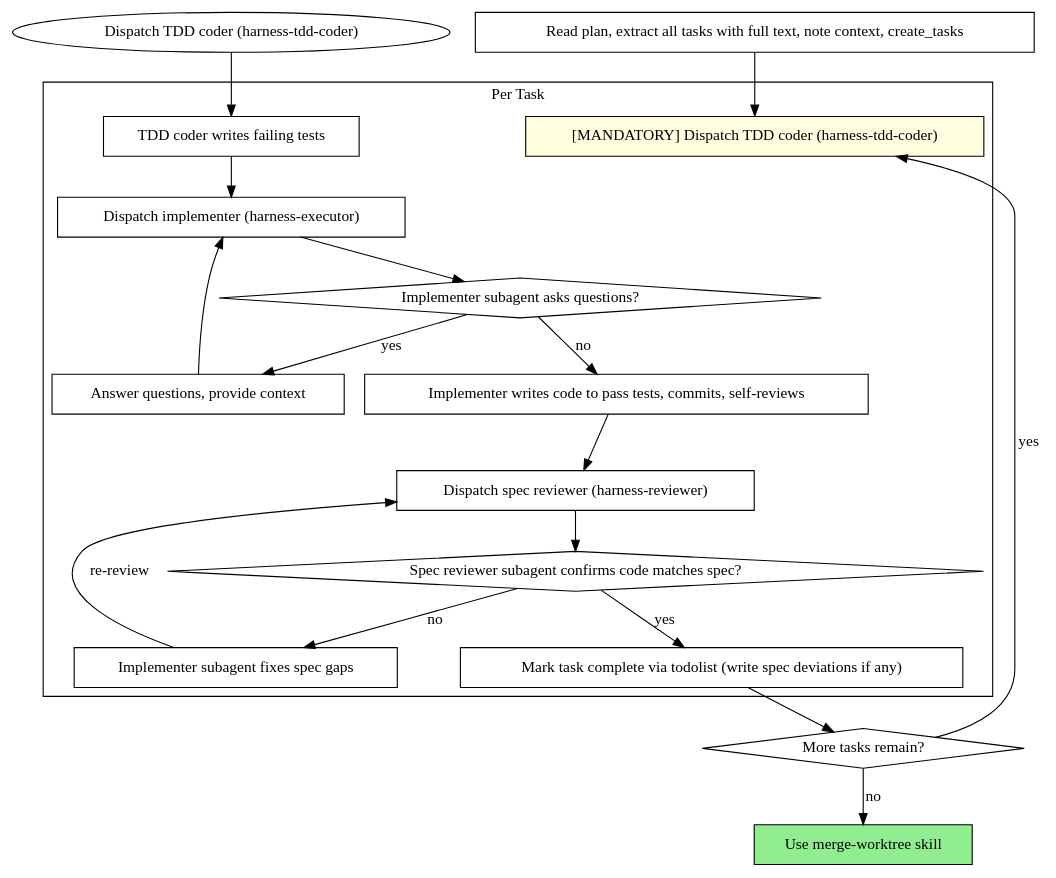
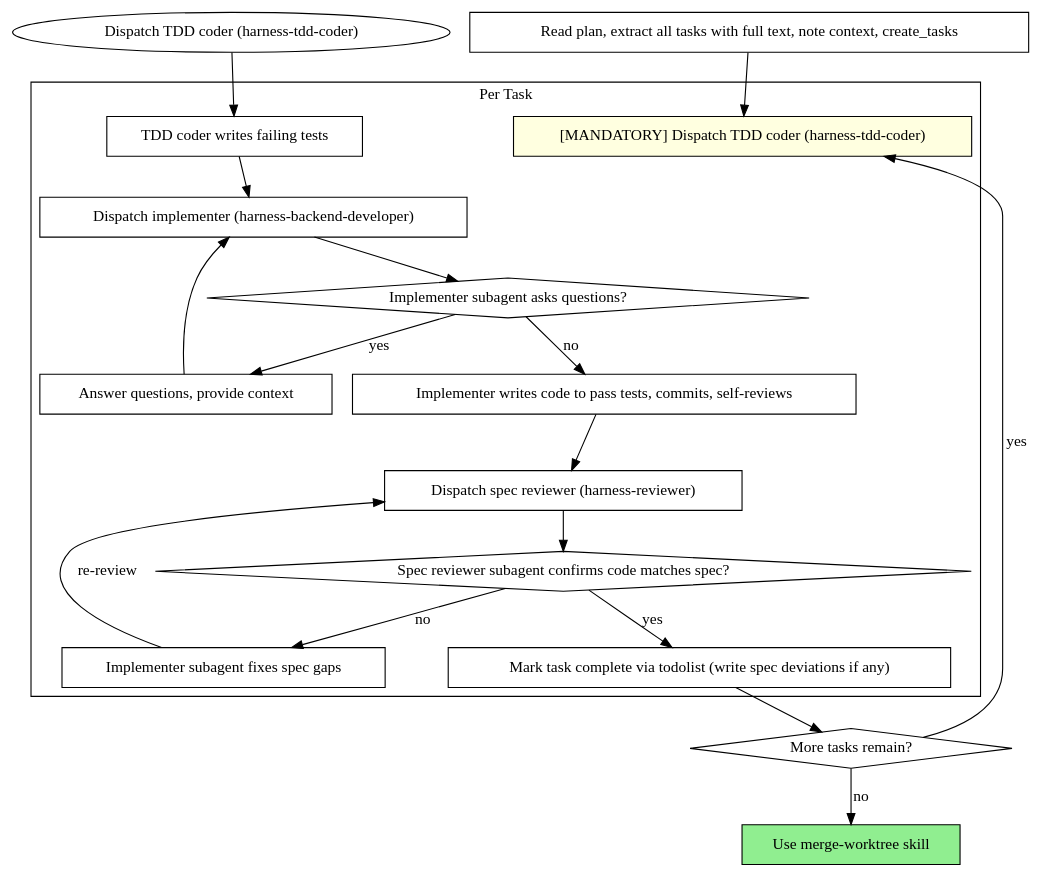
One commit to zhushanwen321/xyz-harness changed the second of 2 diagrams in skills/xyz-harness-subagent-driven-development/SKILL.md. Above: the diagram before and after it, drawn with Graphviz. The commit also changed other lines of this file and 16 other files, not shown here.

````diff
--- a/skills/xyz-harness-subagent-driven-development/SKILL.md
+++ b/skills/xyz-harness-subagent-driven-development/SKILL.md
@@ -97,39 +97,39 @@
 ```dot
 digraph process {
     rankdir=TB;
 
     subgraph cluster_per_task {
         label="Per Task";
     "[MANDATORY] Dispatch TDD coder (harness-tdd-coder)" [shape=box style=filled fillcolor=lightyellow];
         "TDD coder writes failing tests" [shape=box];
-        "Dispatch implementer (harness-executor)" [shape=box];
+        "Dispatch implementer (harness-backend-developer)" [shape=box];
         "Implementer subagent asks questions?" [shape=diamond];
         "Answer questions, provide context" [shape=box];
         "Implementer writes code to pass tests, commits, self-reviews" [shape=box];
         "Dispatch spec reviewer (harness-reviewer)" [shape=box];
         "Spec reviewer subagent confirms code matches spec?" [shape=diamond];
         "Implementer subagent fixes spec gaps" [shape=box];
         "Mark task complete via todolist (write spec deviations if any)" [shape=box];
     }
 
     "Read plan, extract all tasks with full text, note context, create_tasks" [shape=box];
     "More tasks remain?" [shape=diamond];
     "Use merge-worktree skill" [shape=box style=filled fillcolor=lightgreen];
 
   "Read plan, extract all tasks with full text, note context, create_tasks" -> "[MANDATORY] Dispatch TDD coder (harness-tdd-coder)";
     "Dispatch TDD coder (harness-tdd-coder)" -> "TDD coder writes failing tests";
-    "TDD coder writes failing tests" -> "Dispatch implementer (harness-executor)";
-    "Dispatch implementer (harness-executor)" -> "Implementer subagent asks questions?";
+    "TDD coder writes failing tests" -> "Dispatch implementer (harness-backend-developer)";
+    "Dispatch implementer (harness-backend-developer)" -> "Implementer subagent asks questions?";
     "Implementer subagent asks questions?" -> "Answer questions, provide context" [label="yes"];
-    "Answer questions, provide context" -> "Dispatch implementer (harness-executor)";
+    "Answer questions, provide context" -> "Dispatch implementer (harness-backend-developer)";
     "Implementer subagent asks questions?" -> "Implementer writes code to pass tests, commits, self-reviews" [label="no"];
     "Implementer writes code to pass tests, commits, self-reviews" -> "Dispatch spec reviewer (harness-reviewer)";
     "Dispatch spec reviewer (harness-reviewer)" -> "Spec reviewer subagent confirms code matches spec?";
     "Spec reviewer subagent confirms code matches spec?" -> "Implementer subagent fixes spec gaps" [label="no"];
     "Implementer subagent fixes spec gaps" -> "Dispatch spec reviewer (harness-reviewer)" [label="re-review"];
     "Spec reviewer subagent confirms code matches spec?" -> "Mark task complete via todolist (write spec deviations if any)" [label="yes"];
     "Mark task complete via todolist (write spec deviations if any)" -> "More tasks remain?";
   "More tasks remain?" -> "[MANDATORY] Dispatch TDD coder (harness-tdd-coder)" [label="yes"];
     "More tasks remain?" -> "Use merge-worktree skill" [label="no"];
 }
 ```
````
